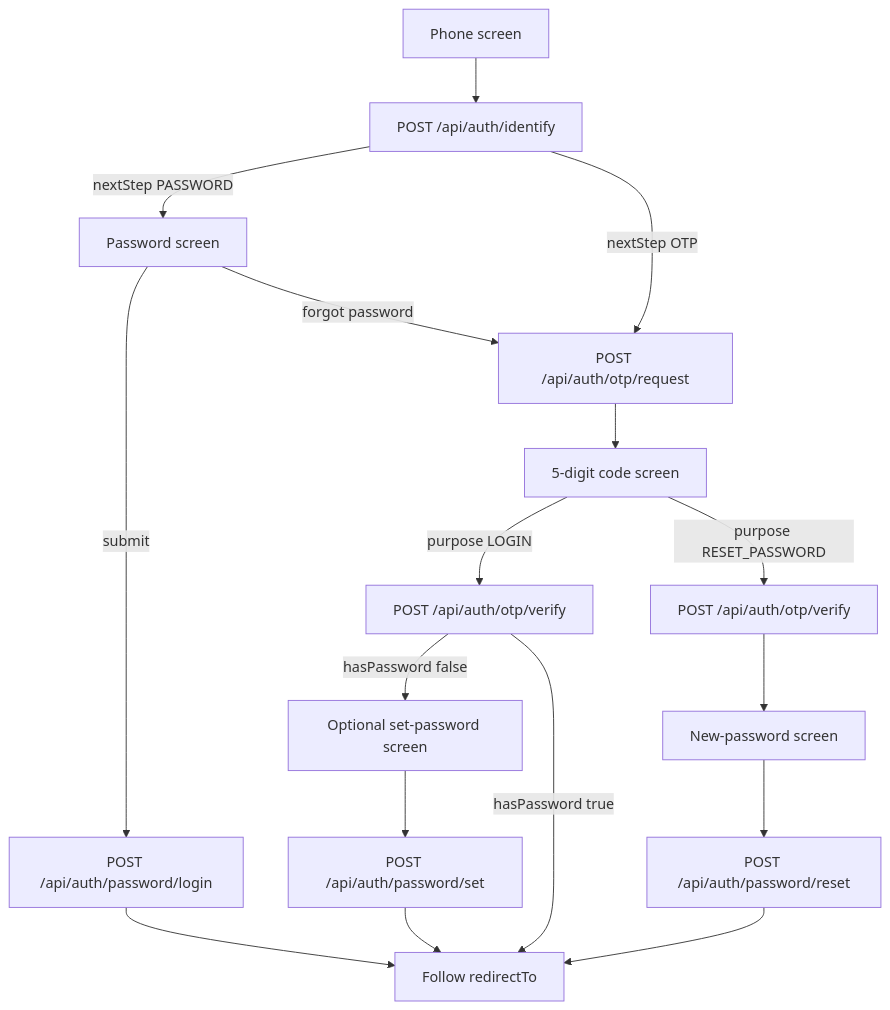
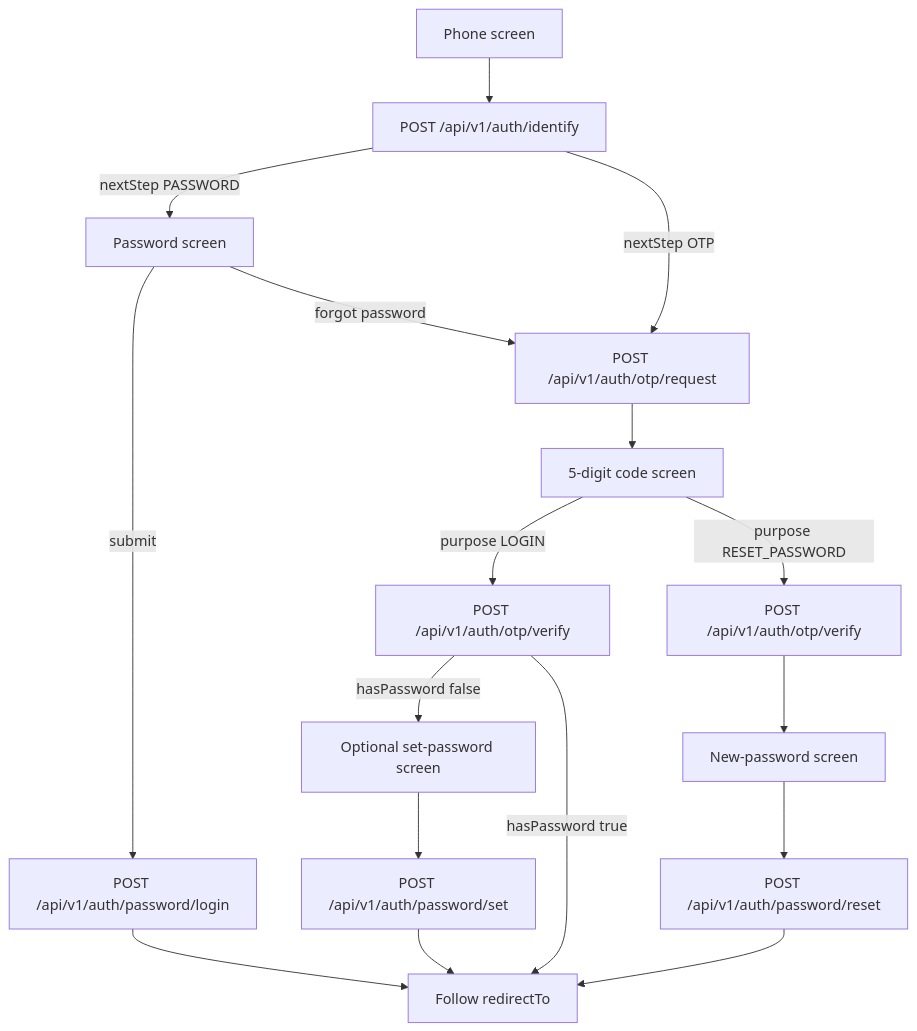
One commit to amirtaqiabadi/frontend-starter-kit changed the diagram in docs/frontend-login.md. Above: the diagram before and after it, drawn with Mermaid. The commit also changed other lines of this file and 7 other files, not shown here.

````diff
--- a/docs/frontend-login.md
+++ b/docs/frontend-login.md
@@ -37,19 +37,19 @@
 ```mermaid
 flowchart TD
-  phone[Phone screen] --> identify["POST /api/auth/identify"]
+  phone[Phone screen] --> identify["POST /api/v1/auth/identify"]
   identify -->|nextStep PASSWORD| password[Password screen]
-  identify -->|nextStep OTP| request["POST /api/auth/otp/request"]
-  password -->|submit| login["POST /api/auth/password/login"]
+  identify -->|nextStep OTP| request["POST /api/v1/auth/otp/request"]
+  password -->|submit| login["POST /api/v1/auth/password/login"]
   password -->|forgot password| request
   request --> code[5-digit code screen]
-  code -->|purpose LOGIN| verifyLogin["POST /api/auth/otp/verify"]
-  code -->|purpose RESET_PASSWORD| verifyReset["POST /api/auth/otp/verify"]
+  code -->|purpose LOGIN| verifyLogin["POST /api/v1/auth/otp/verify"]
+  code -->|purpose RESET_PASSWORD| verifyReset["POST /api/v1/auth/otp/verify"]
   login --> done[Follow redirectTo]
   verifyLogin -->|hasPassword false| optionalSet[Optional set-password screen]
   verifyLogin -->|hasPassword true| done
-  optionalSet --> set["POST /api/auth/password/set"]
+  optionalSet --> set["POST /api/v1/auth/password/set"]
   set --> done
   verifyReset --> reset[New-password screen]
-  reset --> resetPost["POST /api/auth/password/reset"]
+  reset --> resetPost["POST /api/v1/auth/password/reset"]
   resetPost --> done
 ```
````
